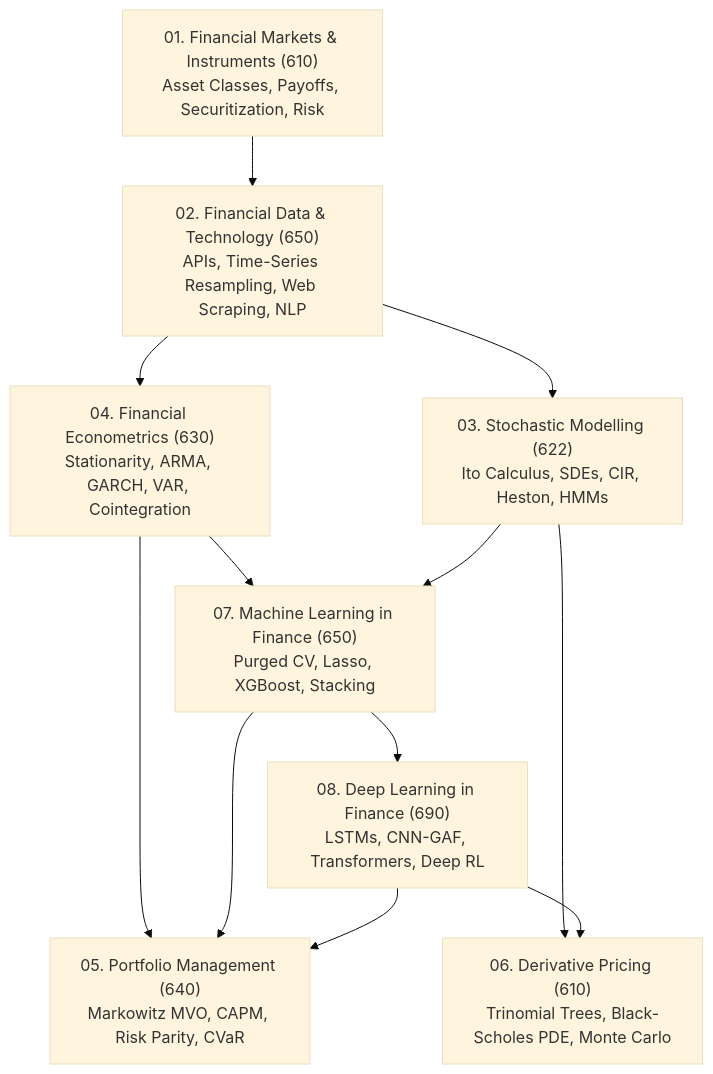
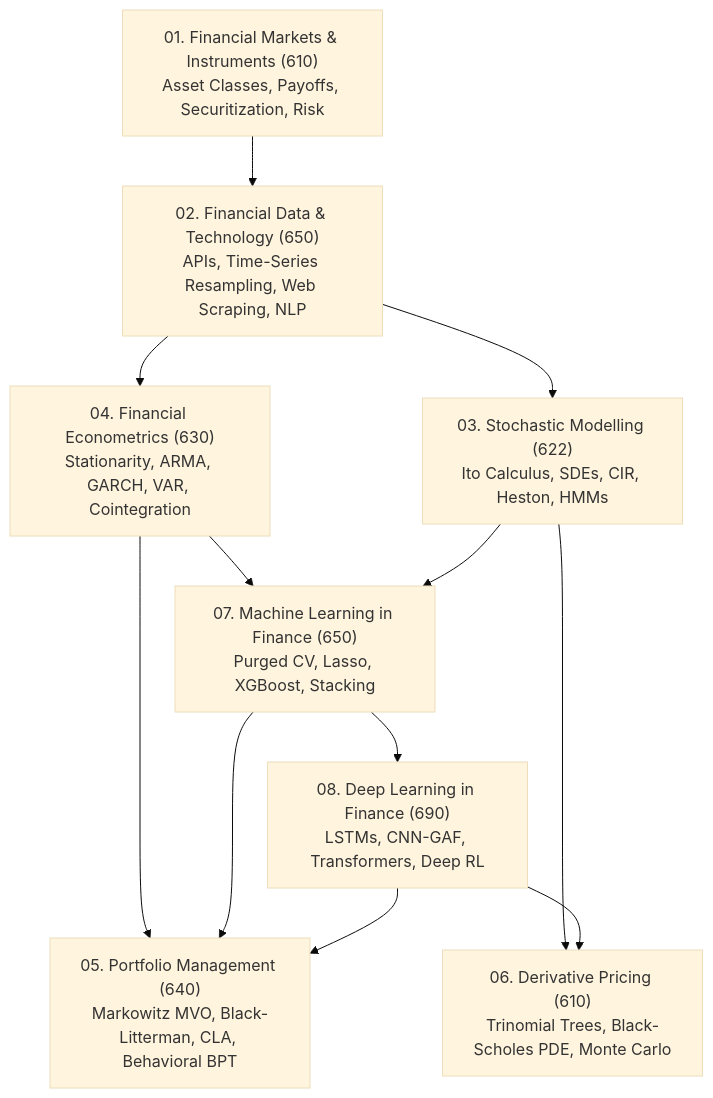
One commit to eggieinquant/wqu changed the diagram in README.md. Above: the diagram before and after it, drawn with Mermaid (base theme). The commit also changed other lines of this file and 1 other file, not shown here.

Commit message:
docs(05_portfolio_management): add Module 4 behavioral finance notes, diagrams, and syllabus alignment

````diff
--- a/README.md
+++ b/README.md
@@ -11,19 +11,19 @@
 ```mermaid
 flowchart TD
     FM["01. Financial Markets & Instruments (610)\nAsset Classes, Payoffs, Securitization, Risk"] --> FD["02. Financial Data & Technology (650)\nAPIs, Time-Series Resampling, Web Scraping, NLP"]
     
     FD --> SM["03. Stochastic Modelling (622)\nIto Calculus, SDEs, CIR, Heston, HMMs"]
     FD --> FE["04. Financial Econometrics (630)\nStationarity, ARMA, GARCH, VAR, Cointegration"]
     
     FE --> ML["07. Machine Learning in Finance (650)\nPurged CV, Lasso, XGBoost, Stacking"]
     SM --> ML
     
-    FE --> PM["05. Portfolio Management (640)\nMarkowitz MVO, CAPM, Risk Parity, CVaR"]
+    FE --> PM["05. Portfolio Management (640)\nMarkowitz MVO, Black-Litterman, CLA, Behavioral BPT"]
     ML --> PM
     
     ML --> DL["08. Deep Learning in Finance (690)\nLSTMs, CNN-GAF, Transformers, Deep RL"]
     DL --> PM
     
     SM --> DP["06. Derivative Pricing (610)\nTrinomial Trees, Black-Scholes PDE, Monte Carlo"]
     DL --> DP
 ```
````
